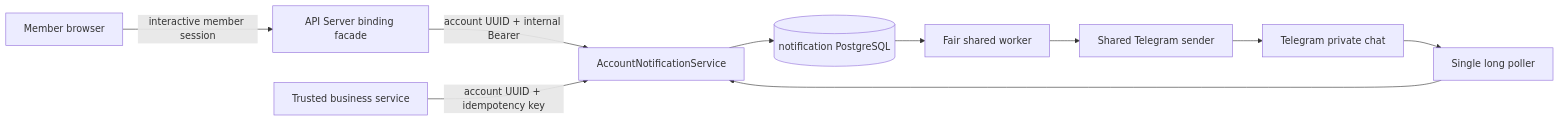
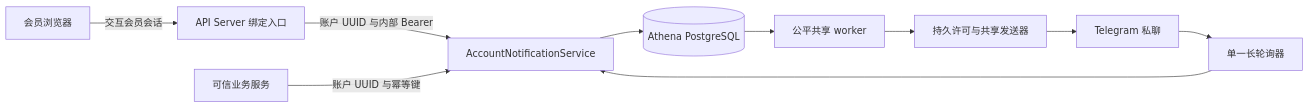
The diagram in docs/design/notifications/account-telegram-notifications.md (useryege/athena-o), drawn with Mermaid before and after one commit. The commit also changed other lines of this file and 51 other files, not shown here.

````diff
--- a/docs/design/notifications/account-telegram-notifications.md
+++ b/docs/design/notifications/account-telegram-notifications.md
@@ -43,12 +33,12 @@
 ```mermaid
 flowchart LR
-    U[Member browser] -->|interactive member session| A[API Server binding facade]
-    A -->|account UUID + internal Bearer| N[AccountNotificationService]
-    T[Telegram private chat] --> P[Single long poller]
+    U[会员浏览器] -->|交互会员会话| A[API Server 绑定入口]
+    A -->|账户 UUID 与内部 Bearer| N[AccountNotificationService]
+    T[Telegram 私聊] --> P[单一长轮询器]
     P --> N
-    N --> D[(notification PostgreSQL)]
-    B[Trusted business service] -->|account UUID + idempotency key| N
-    D --> W[Fair shared worker]
-    W --> G[Shared Telegram sender]
+    N --> D[(Athena PostgreSQL)]
+    B[可信业务服务] -->|账户 UUID 与幂等键| N
+    D --> W[公平共享 worker]
+    W --> G[持久许可与共享发送器]
     G --> T
 ```
````
